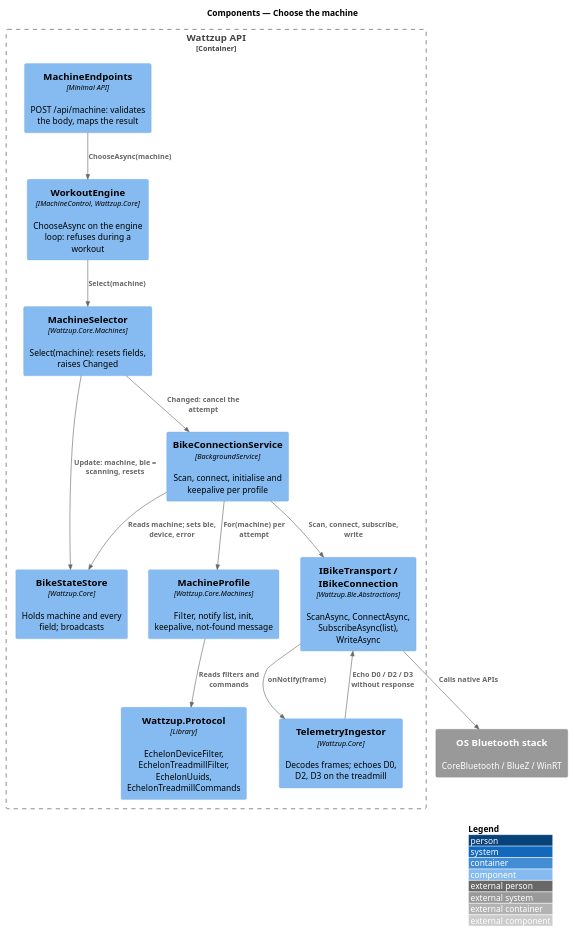
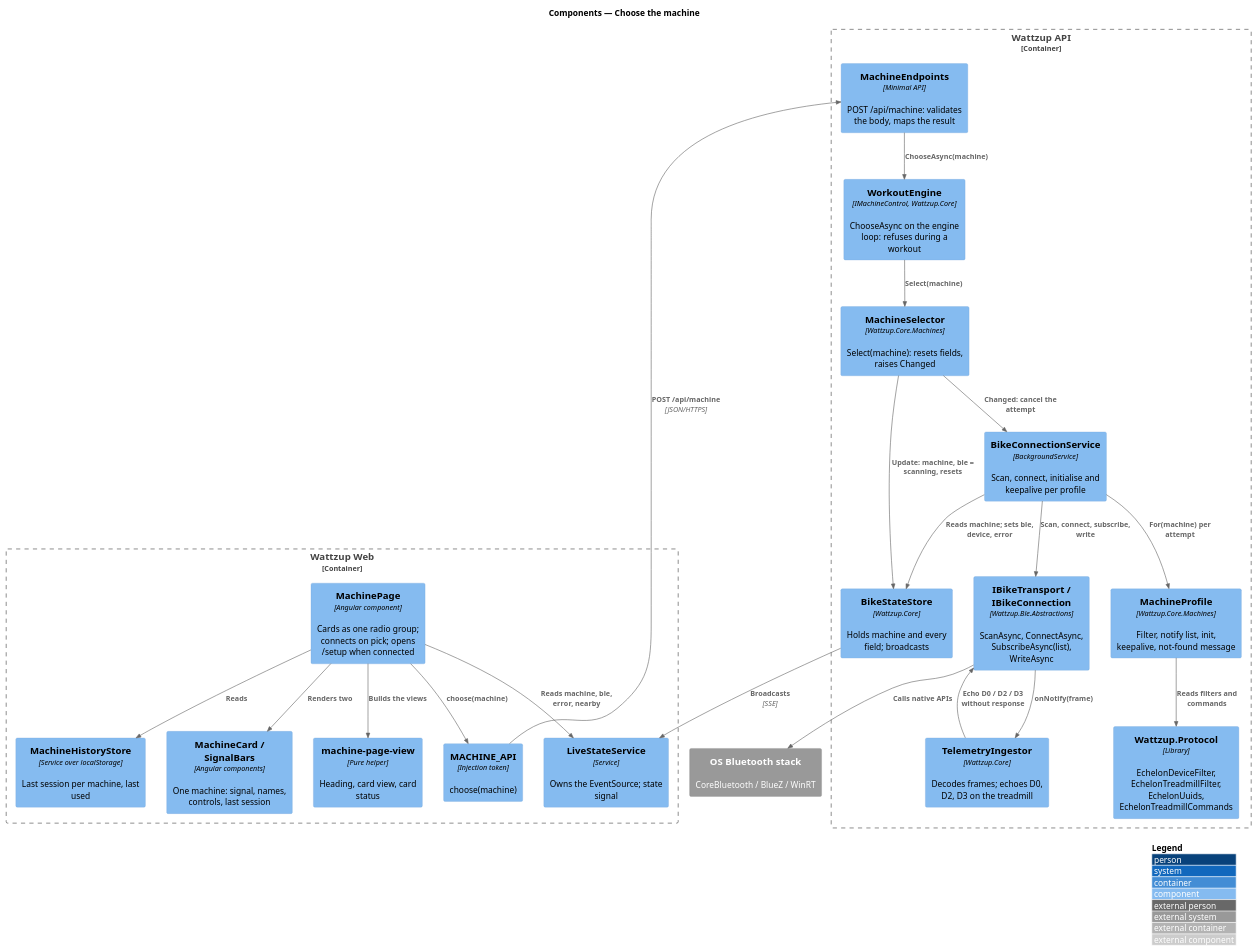
Before and after one commit to QuinntyneBrown/ride-one: the diagram in docs/detailed-designs/treadmill/choose-machine/diagrams/c4-component.puml, drawn with PlantUML. The commit also changed 151 other files, not shown here.

```diff
--- a/docs/detailed-designs/treadmill/choose-machine/diagrams/c4-component.puml
+++ b/docs/detailed-designs/treadmill/choose-machine/diagrams/c4-component.puml
@@ -1,30 +1,45 @@
 @startuml
 !include <C4/C4_Component>
 LAYOUT_WITH_LEGEND()
 title Components — Choose the machine
 
+Container_Boundary(web, "Wattzup Web") {
+  Component(page, "MachinePage", "Angular component", "Cards as one radio group; connects on pick; opens /setup when connected")
+  Component(card, "MachineCard / SignalBars", "Angular components", "One machine: signal, names, controls, last session")
+  Component(view, "machine-page-view", "Pure helper", "Heading, card view, card status")
+  Component(history, "MachineHistoryStore", "Service over localStorage", "Last session per machine, last used")
+  Component(live, "LiveStateService", "Service", "Owns the EventSource; state signal")
+  Component(mapi, "MACHINE_API", "Injection token", "choose(machine)")
+}
 Container_Boundary(api, "Wattzup API") {
   Component(ep, "MachineEndpoints", "Minimal API", "POST /api/machine: validates the body, maps the result")
   Component(engine, "WorkoutEngine", "IMachineControl, Wattzup.Core", "ChooseAsync on the engine loop: refuses during a workout")
   Component(sel, "MachineSelector", "Wattzup.Core.Machines", "Select(machine): resets fields, raises Changed")
   Component(profile, "MachineProfile", "Wattzup.Core.Machines", "Filter, notify list, init, keepalive, not-found message")
   Component(svc, "BikeConnectionService", "BackgroundService", "Scan, connect, initialise and keepalive per profile")
   Component(ingest, "TelemetryIngestor", "Wattzup.Core", "Decodes frames; echoes D0, D2, D3 on the treadmill")
   Component(store, "BikeStateStore", "Wattzup.Core", "Holds machine and every field; broadcasts")
   Component(proto, "Wattzup.Protocol", "Library", "EchelonDeviceFilter, EchelonTreadmillFilter, EchelonUuids, EchelonTreadmillCommands")
   Component(transport, "IBikeTransport / IBikeConnection", "Wattzup.Ble.Abstractions", "ScanAsync, ConnectAsync, SubscribeAsync(list), WriteAsync")
 }
 System_Ext(os, "OS Bluetooth stack", "CoreBluetooth / BlueZ / WinRT")
 
+Rel(page, card, "Renders two")
+Rel(page, view, "Builds the views")
+Rel(page, history, "Reads")
+Rel(page, live, "Reads machine, ble, error, nearby")
+Rel(page, mapi, "choose(machine)")
+Rel(mapi, ep, "POST /api/machine", "JSON/HTTPS")
+Rel(store, live, "Broadcasts", "SSE")
 Rel(ep, engine, "ChooseAsync(machine)")
 Rel(engine, sel, "Select(machine)")
 Rel(sel, store, "Update: machine, ble = scanning, resets")
 Rel(sel, svc, "Changed: cancel the attempt")
 Rel(svc, store, "Reads machine; sets ble, device, error")
 Rel(svc, profile, "For(machine) per attempt")
 Rel(profile, proto, "Reads filters and commands")
 Rel(svc, transport, "Scan, connect, subscribe, write")
 Rel(transport, ingest, "onNotify(frame)")
 Rel(ingest, transport, "Echo D0 / D2 / D3 without response")
 Rel(transport, os, "Calls native APIs")
 @enduml
```
